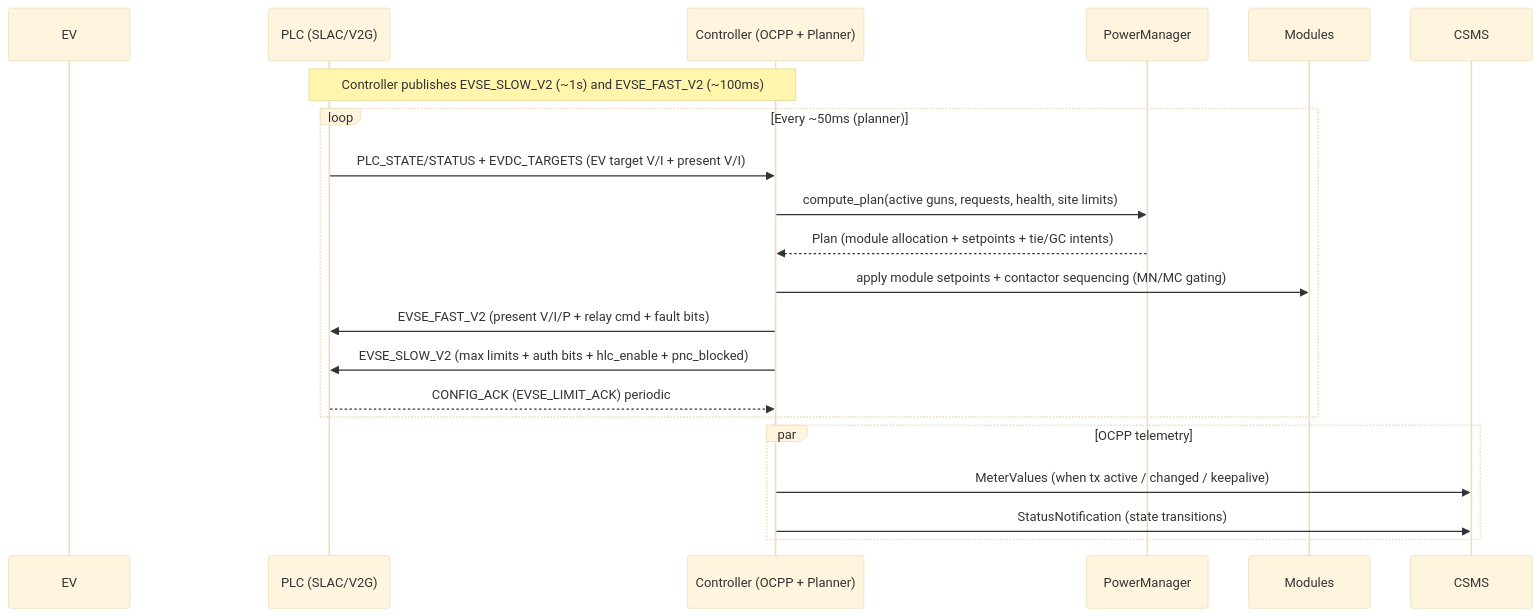
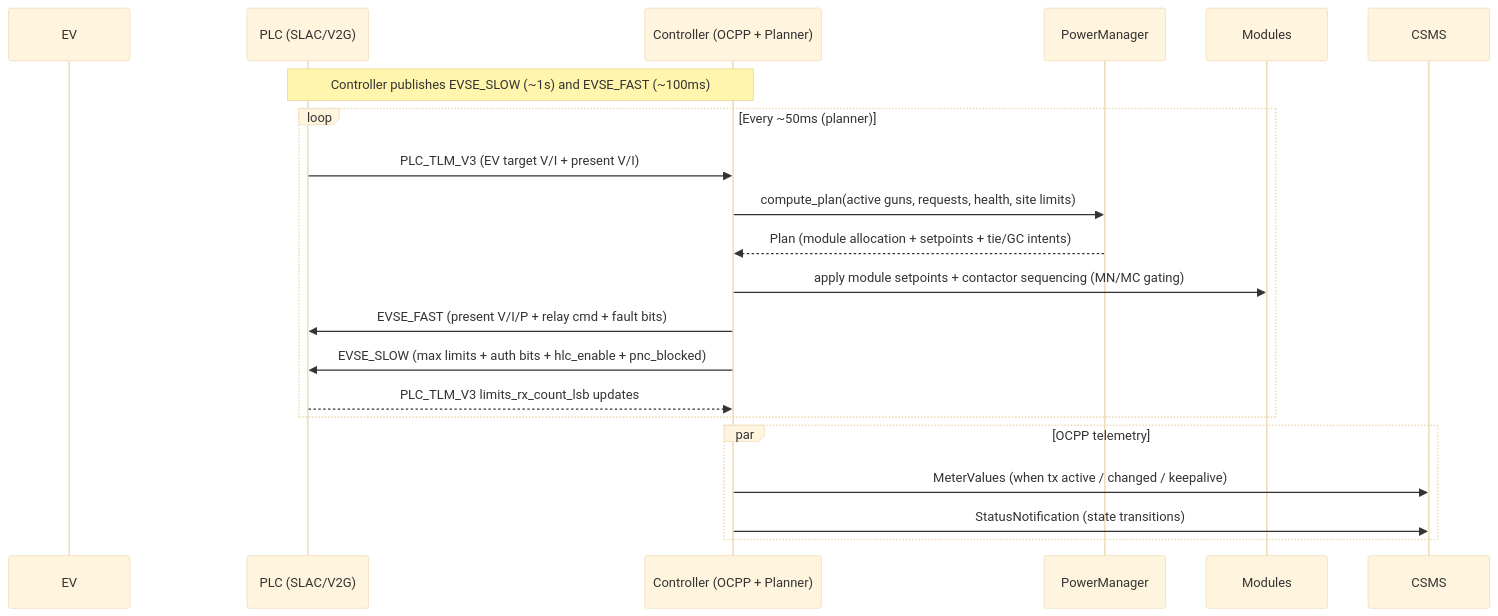
Before and after one commit to hyndex/DC-OCPP: the first of 6 diagrams in README.md, drawn with Mermaid (base theme). The commit also changed other lines of this file and 13 other files, not shown here.

````diff
--- a/README.md
+++ b/README.md
@@ -221,26 +221,26 @@
 ```mermaid
 sequenceDiagram
     participant EV
     participant PLC as PLC (SLAC/V2G)
     participant CTRL as Controller (OCPP + Planner)
     participant PM as PowerManager
     participant MOD as Modules
     participant CSMS
 
-    Note over CTRL,PLC: Controller publishes EVSE_SLOW_V2 (~1s) and EVSE_FAST_V2 (~100ms)
+    Note over CTRL,PLC: Controller publishes EVSE_SLOW (~1s) and EVSE_FAST (~100ms)
 
     loop Every ~50ms (planner)
-        PLC->>CTRL: PLC_STATE/STATUS + EVDC_TARGETS (EV target V/I + present V/I)
+        PLC->>CTRL: PLC_TLM_V3 (EV target V/I + present V/I)
         CTRL->>PM: compute_plan(active guns, requests, health, site limits)
         PM-->>CTRL: Plan (module allocation + setpoints + tie/GC intents)
         CTRL->>MOD: apply module setpoints + contactor sequencing (MN/MC gating)
-        CTRL->>PLC: EVSE_FAST_V2 (present V/I/P + relay cmd + fault bits)
-        CTRL->>PLC: EVSE_SLOW_V2 (max limits + auth bits + hlc_enable + pnc_blocked)
-        PLC-->>CTRL: CONFIG_ACK (EVSE_LIMIT_ACK) periodic
+        CTRL->>PLC: EVSE_FAST (present V/I/P + relay cmd + fault bits)
+        CTRL->>PLC: EVSE_SLOW (max limits + auth bits + hlc_enable + pnc_blocked)
+        PLC-->>CTRL: PLC_TLM_V3 limits_rx_count_lsb updates
     end
 
     par OCPP telemetry
         CTRL->>CSMS: MeterValues (when tx active / changed / keepalive)
         CTRL->>CSMS: StatusNotification (state transitions)
     end
 ```
````
